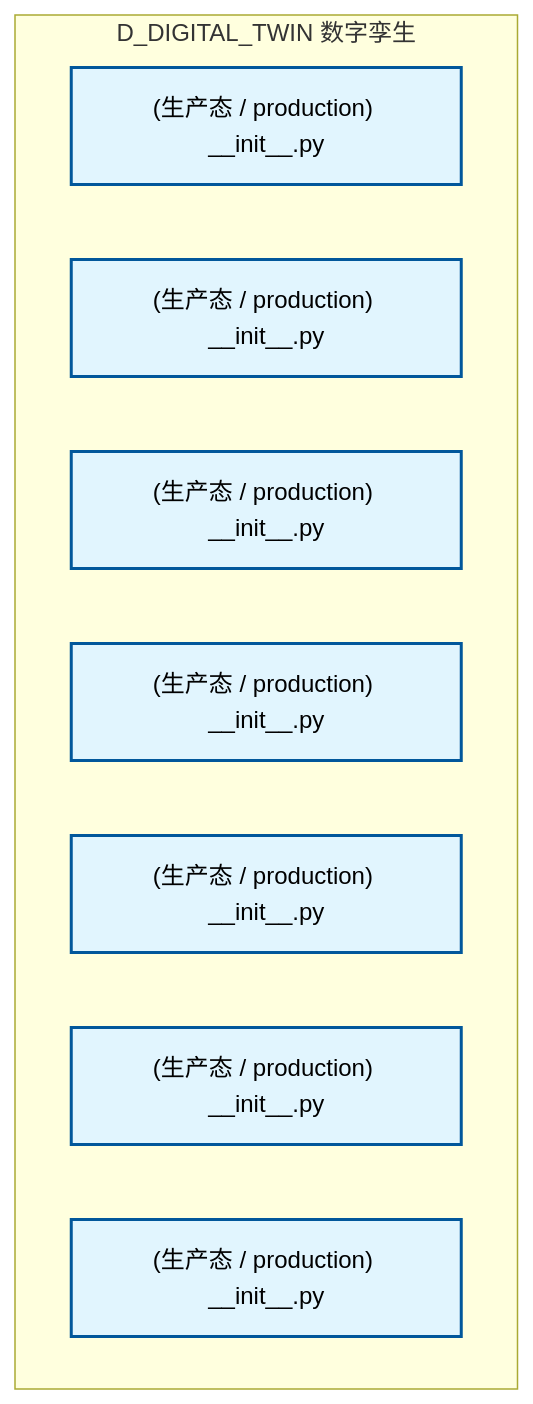
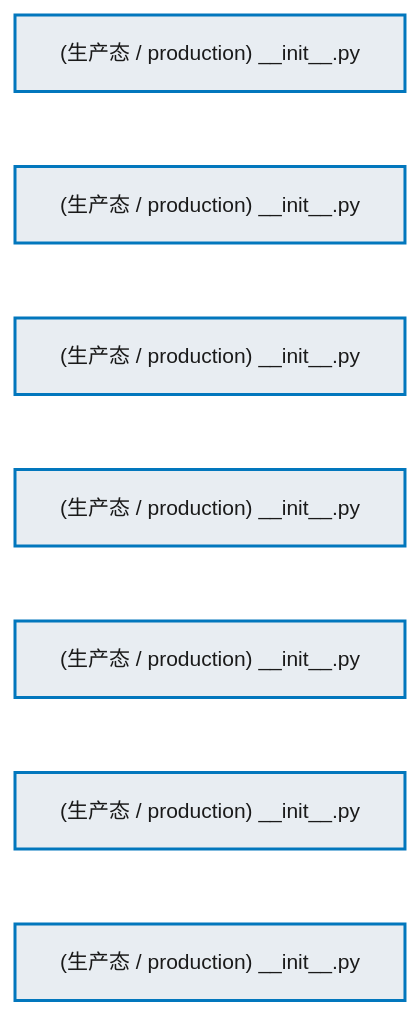
The first of 2 diagrams in docs/02_enterprise_architecture/02_domain_architecture_docs/42_d_digital_twin.md (xuanFelixVan/ZephyrAlpha), drawn with Mermaid before and after one commit. The commit also changed other lines of this file and 76 other files, not shown here.

````diff
--- a/docs/02_enterprise_architecture/02_domain_architecture_docs/42_d_digital_twin.md
+++ b/docs/02_enterprise_architecture/02_domain_architecture_docs/42_d_digital_twin.md
@@ -67,17 +67,22 @@
 ```mermaid
-graph TD
-    subgraph D_DIGITAL_TWIN["D_DIGITAL_TWIN 数字孪生"]
-        src_zephyr_digital_twin_init_py["(生产态 / production) __init__.py"]
-        src_zephyr_digital_twin_extensions_init_py["(生产态 / production) __init__.py"]
-        src_zephyr_digital_twin_api_init_py["(生产态 / production) __init__.py"]
-        src_zephyr_digital_twin_core_init_py["(生产态 / production) __init__.py"]
-        src_zephyr_digital_twin_infrastructure_init_py["(生产态 / production) __init__.py"]
-        src_zephyr_digital_twin_models_init_py["(生产态 / production) __init__.py"]
-        src_zephyr_digital_twin_services_init_py["(生产态 / production) __init__.py"]
-    end
-    classDef production fill:#e1f5fe,stroke:#01579b,stroke-width:2px,color:#000
-    classDef design fill:#fff3e0,stroke:#e65100,stroke-width:2px,color:#000,stroke-dasharray: 5 5
-    classDef external_prod fill:#e8f5e9,stroke:#1b5e20,stroke-width:1px,color:#000
-    classDef external_design fill:#fce4ec,stroke:#880e4f,stroke-width:1px,color:#000,stroke-dasharray: 5 5
+%%{init: {'theme': 'base', 'themeVariables': {'primaryColor': '#eaeaea', 'primaryTextColor': '#333333', 'primaryBorderColor': '#666666', 'lineColor': '#666666', 'secondaryColor': '#eaeaea', 'tertiaryColor': '#eaeaea', 'fontSize': '14px'}}}%%
+flowchart TD
+    src_zephyr_digital_twin_init_py["(生产态 / production) __init__.py"]
+    src_zephyr_digital_twin_extensions_init_py["(生产态 / production) __init__.py"]
+    src_zephyr_digital_twin_api_init_py["(生产态 / production) __init__.py"]
+    src_zephyr_digital_twin_core_init_py["(生产态 / production) __init__.py"]
+    src_zephyr_digital_twin_infrastructure_init_py["(生产态 / production) __init__.py"]
+    src_zephyr_digital_twin_models_init_py["(生产态 / production) __init__.py"]
+    src_zephyr_digital_twin_services_init_py["(生产态 / production) __init__.py"]
+    src_zephyr_digital_twin_init_py ~~~ src_zephyr_digital_twin_extensions_init_py
+    src_zephyr_digital_twin_extensions_init_py ~~~ src_zephyr_digital_twin_api_init_py
+    src_zephyr_digital_twin_api_init_py ~~~ src_zephyr_digital_twin_core_init_py
+    src_zephyr_digital_twin_core_init_py ~~~ src_zephyr_digital_twin_infrastructure_init_py
+    src_zephyr_digital_twin_infrastructure_init_py ~~~ src_zephyr_digital_twin_models_init_py
+    src_zephyr_digital_twin_models_init_py ~~~ src_zephyr_digital_twin_services_init_py
+    classDef production fill:#e8edf2,stroke:#0277bd,stroke-width:2px,color:#1a1a1a
+    classDef design fill:#f0ebe3,stroke:#bf360c,stroke-width:2px,color:#1a1a1a,stroke-dasharray: 5 5
+    classDef external_prod fill:#e8efe9,stroke:#1b5e20,stroke-width:1px,color:#1a1a1a
+    classDef external_design fill:#efe5ea,stroke:#880e4f,stroke-width:1px,color:#1a1a1a,stroke-dasharray: 5 5
     class src_zephyr_digital_twin_init_py,src_zephyr_digital_twin_extensions_init_py,src_zephyr_digital_twin_api_init_py,src_zephyr_digital_twin_core_init_py,src_zephyr_digital_twin_infrastructure_init_py,src_zephyr_digital_twin_models_init_py,src_zephyr_digital_twin_services_init_py production
 ```
````
